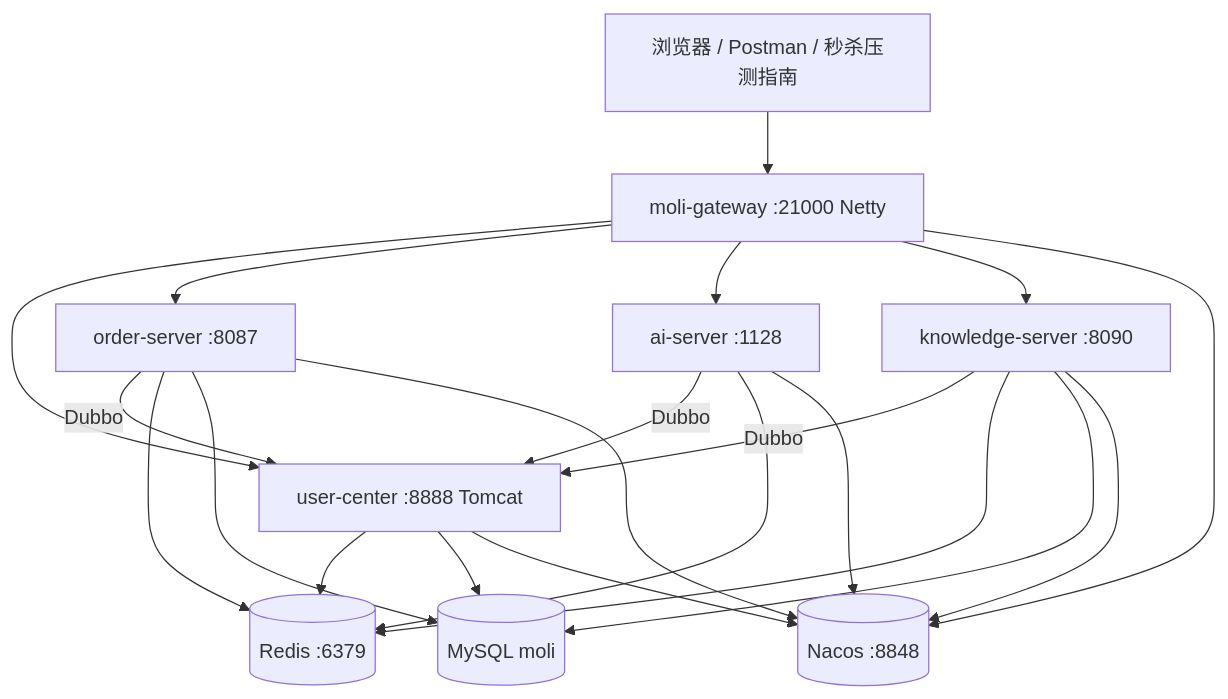
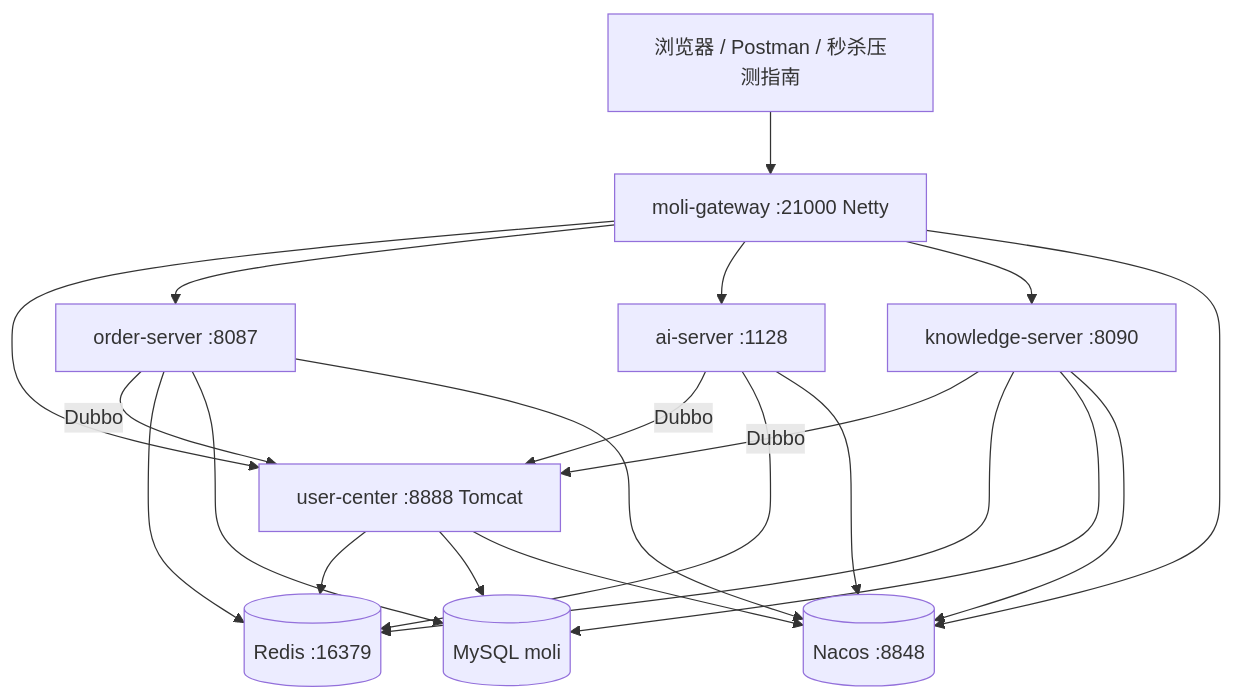
The diagram in moli-knowledge/kb/wiki-moli/develop/outputs/茉莉微服务全链路一张图.md (wujinsen/moli-project-distribute), drawn with Mermaid before and after one commit. The commit also changed 86 other files, not shown here.

````diff
--- a/moli-knowledge/kb/wiki-moli/develop/outputs/茉莉微服务全链路一张图.md
+++ b/moli-knowledge/kb/wiki-moli/develop/outputs/茉莉微服务全链路一张图.md
@@ -27,32 +27,32 @@
 ```mermaid
 flowchart TB
   Browser[浏览器 / Postman / 秒杀压测指南]
   GW[moli-gateway :21000 Netty]
   UC[user-center :8888 Tomcat]
   Order[order-server :8087]
   BI[ai-server :1128]
   KB[knowledge-server :8090]
   Nacos[(Nacos :8848)]
-  Redis[(Redis :6379)]
+  Redis[(Redis :16379)]
   MySQL[(MySQL moli)]
   Browser --> GW
   GW --> UC
   GW --> Order
   GW --> BI
   GW --> KB
   Order -->|Dubbo| UC
   BI -->|Dubbo| UC
   KB -->|Dubbo| UC
   UC --> Redis
   Order --> Redis
   BI --> Redis
   KB --> Redis
   UC --> MySQL
   Order --> MySQL
   KB --> MySQL
   UC --> Nacos
   Order --> Nacos
   GW --> Nacos
   BI --> Nacos
   KB --> Nacos
 ```
````
